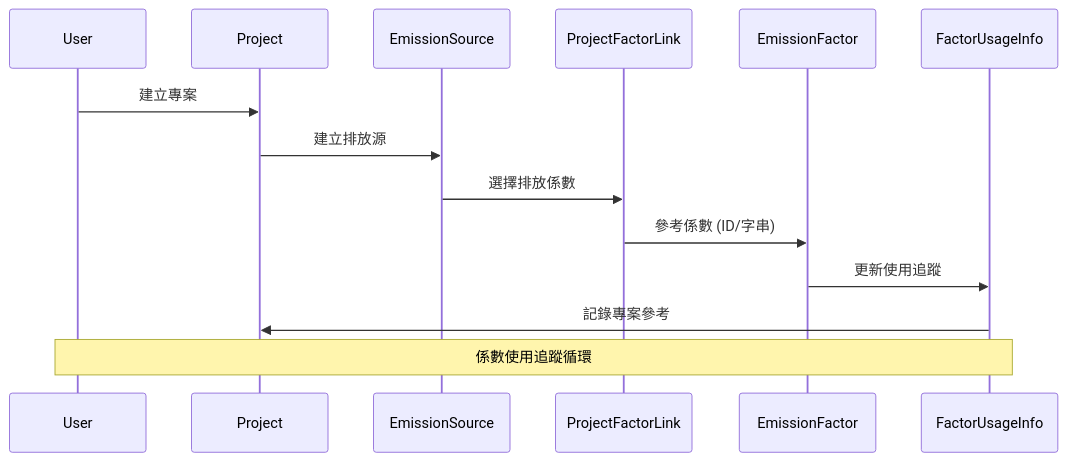
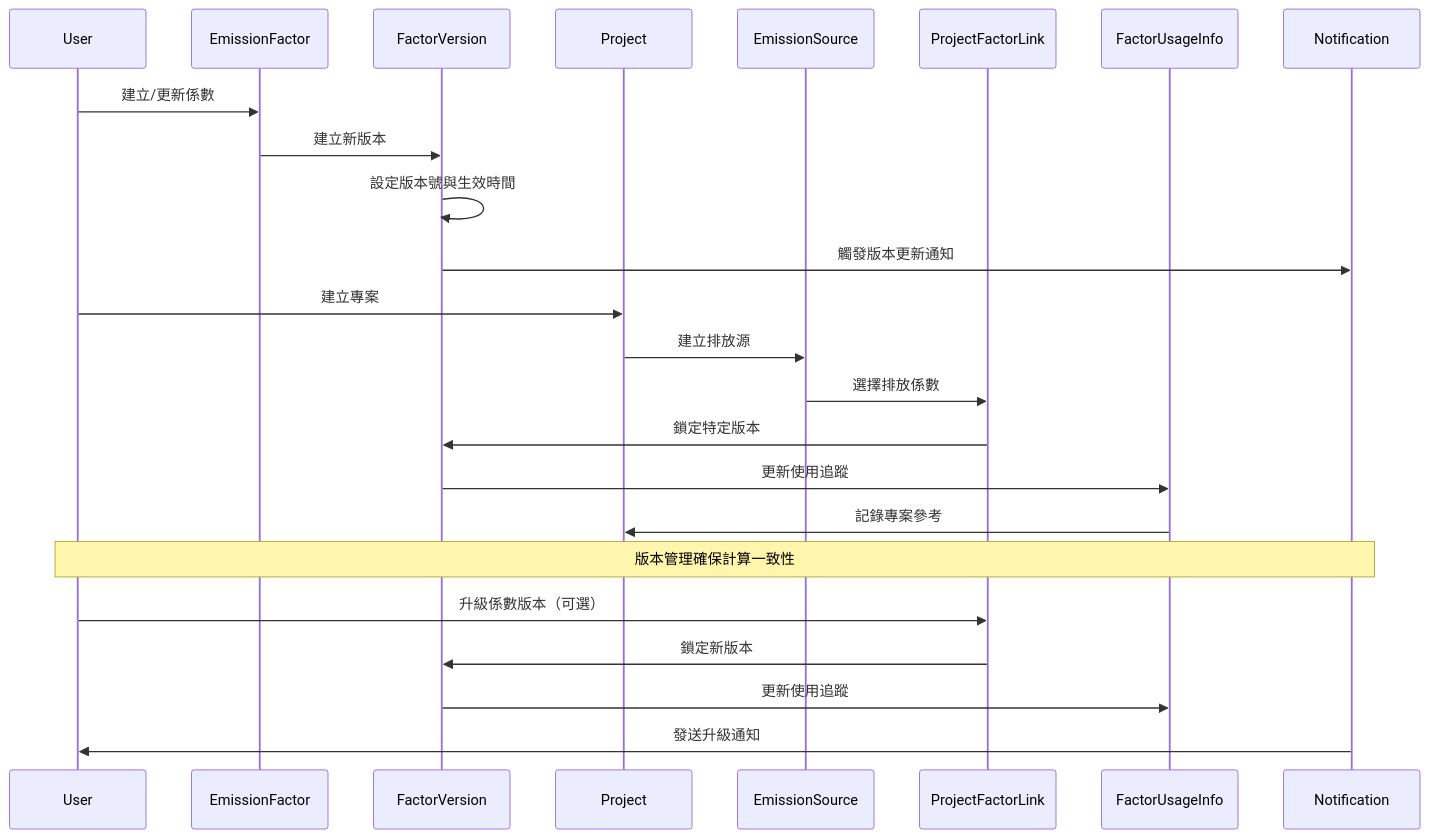
Before and after one commit to FangYuLo/l3-poc: the second of 3 diagrams in Documents/EmissionFactorProduct/docs/DOMAIN_ENTITY_RELATIONSHIPS.md, drawn with Mermaid. The commit also changed other lines of this file and 40 other files, not shown here.

````diff
--- a/Documents/EmissionFactorProduct/docs/DOMAIN_ENTITY_RELATIONSHIPS.md
+++ b/Documents/EmissionFactorProduct/docs/DOMAIN_ENTITY_RELATIONSHIPS.md
@@ -294,18 +628,30 @@
 ```mermaid
 sequenceDiagram
     participant U as User
+    participant EF as EmissionFactor
+    participant FV as FactorVersion
     participant P as Project
     participant ES as EmissionSource
     participant PFL as ProjectFactorLink
-    participant EF as EmissionFactor
     participant FUI as FactorUsageInfo
+    participant N as Notification
+
+    U->>EF: 建立/更新係數
+    EF->>FV: 建立新版本
+    FV->>FV: 設定版本號與生效時間
+    FV->>N: 觸發版本更新通知
 
     U->>P: 建立專案
     P->>ES: 建立排放源
     ES->>PFL: 選擇排放係數
-    PFL->>EF: 參考係數 (ID/字串)
-    EF->>FUI: 更新使用追蹤
+    PFL->>FV: 鎖定特定版本
+    FV->>FUI: 更新使用追蹤
     FUI->>P: 記錄專案參考
-    
-    Note over U,FUI: 係數使用追蹤循環
+
+    Note over U,N: 版本管理確保計算一致性
+
+    U->>PFL: 升級係數版本（可選）
+    PFL->>FV: 鎖定新版本
+    FV->>FUI: 更新使用追蹤
+    N->>U: 發送升級通知
 ```
````
